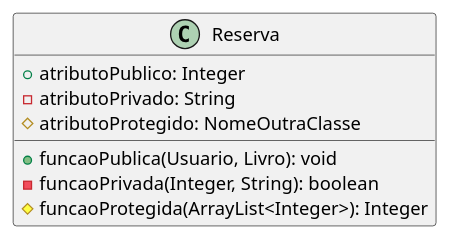
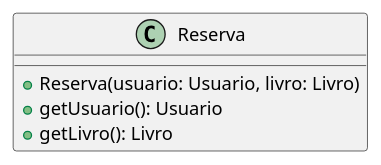
Before and after one commit to angelofelipe/library-system-OOP: the diagram in diagrama de classes/src puml/src/geral/Reserva.puml, drawn with PlantUML. The commit also changed 7 other files, not shown here.

Commit message:
edita diagrama na pasta geral

```diff
--- a/diagrama de classes/src puml/src/geral/Reserva.puml
+++ b/diagrama de classes/src puml/src/geral/Reserva.puml
@@ -1,13 +1,9 @@
 @startuml
 
 class Reserva {
-    + atributoPublico: Integer
-    - atributoPrivado: String
-    # atributoProtegido: NomeOutraClasse
-
-    + funcaoPublica(Usuario, Livro): void
-    - funcaoPrivada(Integer, String): boolean
-    # funcaoProtegida(ArrayList<Integer>): Integer
+    +Reserva(usuario: Usuario, livro: Livro)
+    +getUsuario(): Usuario
+    +getLivro(): Livro
 }
 
 @enduml
```
